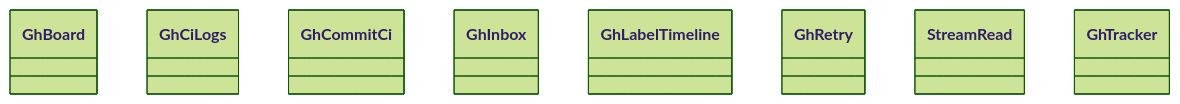
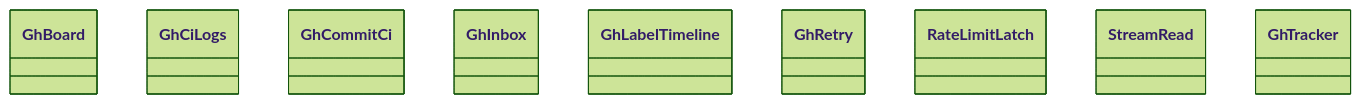
The diagram in docs/architecture/generated/classes-process-adapters-github.md (GonzaloZevallos/agentic-system), drawn with Mermaid (forest theme) before and after one commit.

Commit message:
Regenerate the architecture class diagram for RateLimitLatch

````diff
--- a/docs/architecture/generated/classes-process-adapters-github.md
+++ b/docs/architecture/generated/classes-process-adapters-github.md
@@ -12,11 +12,12 @@
 ```mermaid
 classDiagram
     class github__board__GhBoard["GhBoard"]
     class github__ci_logs__GhCiLogs["GhCiLogs"]
     class github__commit_ci__GhCommitCi["GhCommitCi"]
     class github__inbox__GhInbox["GhInbox"]
     class github__label_timeline__GhLabelTimeline["GhLabelTimeline"]
     class github__run__GhRetry["GhRetry"]
+    class github__run__RateLimitLatch["RateLimitLatch"]
     class github__run__StreamRead["StreamRead"]
     class github__tracker__GhTracker["GhTracker"]
 ```
````
